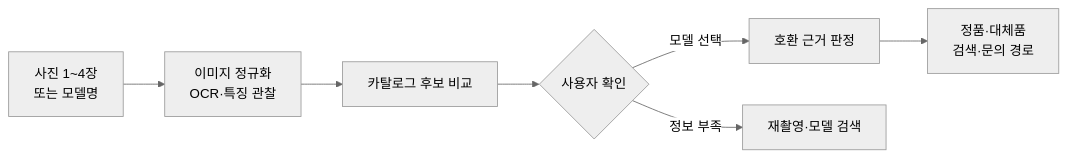
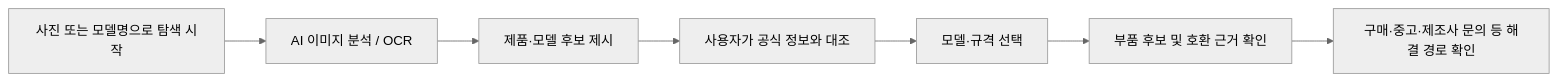
One commit to nxtcloud-edu/2026-kmuct-kt-team07 changed the first of 2 diagrams in README.md. Above: the diagram before and after it, drawn with Mermaid (neutral theme). The commit also changed other lines of this file, not shown here.

````diff
--- a/README.md
+++ b/README.md
@@ -76,9 +104,9 @@
 ```mermaid
 flowchart LR
-    A[사진 1~4장<br/>또는 모델명] --> B[이미지 정규화<br/>OCR·특징 관찰]
-    B --> C[카탈로그 후보 비교]
-    C --> D{사용자 확인}
-    D -->|모델 선택| E[호환 근거 판정]
-    D -->|정보 부족| F[재촬영·모델 검색]
-    E --> G[정품·대체품<br/>검색·문의 경로]
+    A[사진 또는 모델명으로 탐색 시작] --> B[AI 이미지 분석 / OCR]
+    B --> C[제품·모델 후보 제시]
+    C --> D[사용자가 공식 정보와 대조]
+    D --> E[모델·규격 선택]
+    E --> F[부품 후보 및 호환 근거 확인]
+    F --> G[구매·중고·제조사 문의 등 해결 경로 확인]
 ```
````
